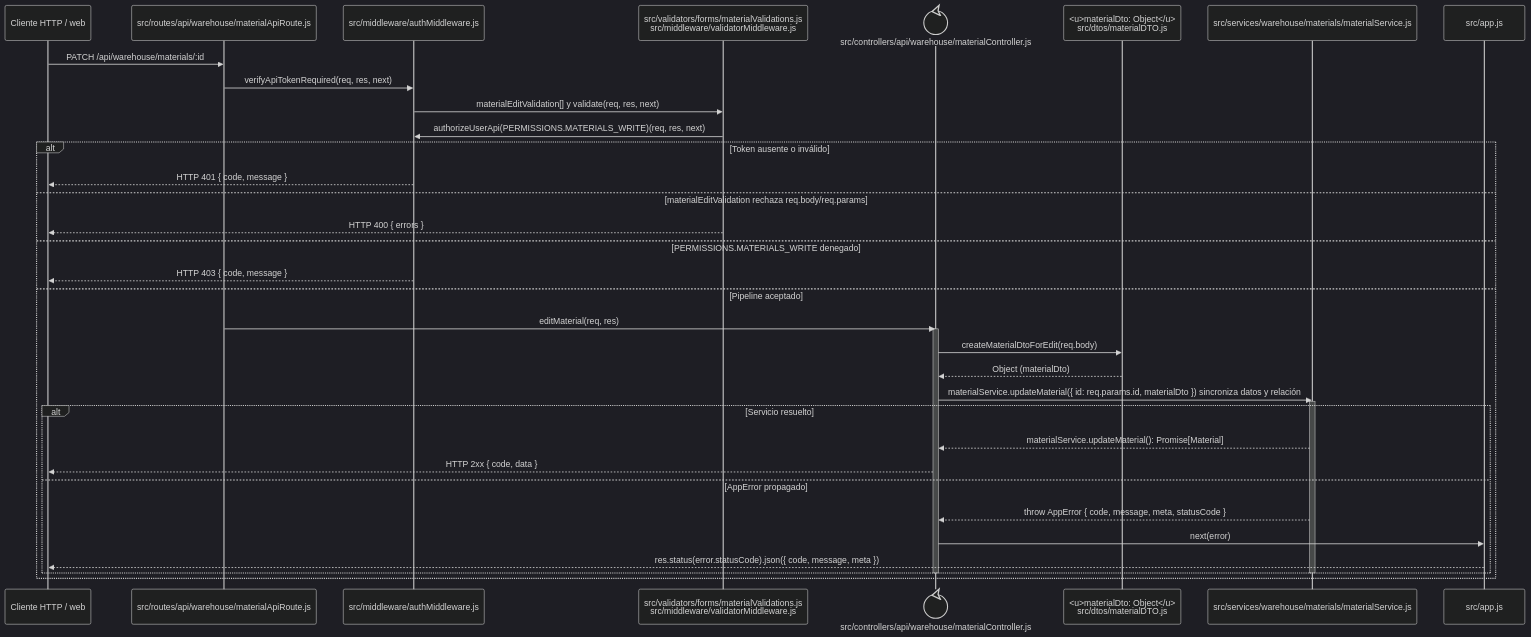
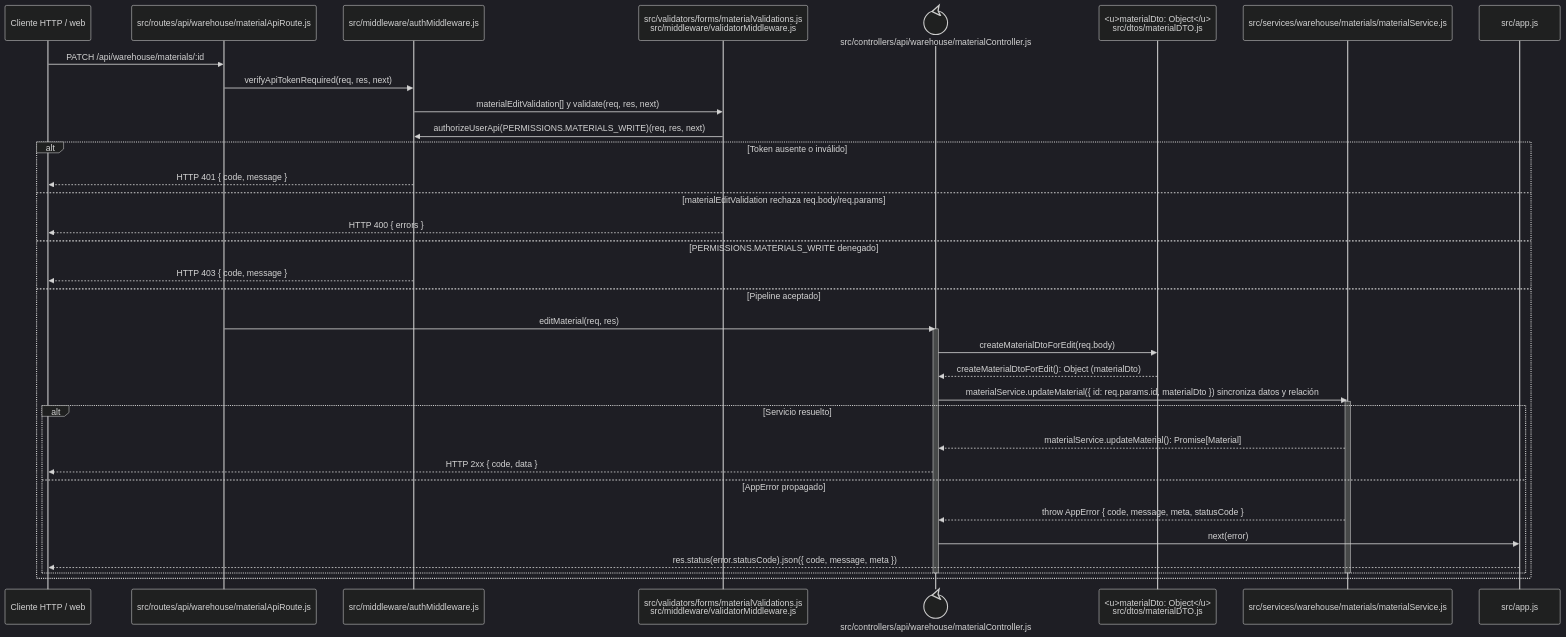
Before and after one commit to gpgsistemas01/nexus: the diagram in docs/architecture/backend-code-sequences/catalogs/cu-alm-03.md, drawn with Mermaid (dark theme). The commit also changed 50 other files, not shown here.

Commit message:
docs: separar llamadas en diagramas de secuencia

````diff
--- a/docs/architecture/backend-code-sequences/catalogs/cu-alm-03.md
+++ b/docs/architecture/backend-code-sequences/catalogs/cu-alm-03.md
@@ -6,40 +6,40 @@
 ```mermaid
 sequenceDiagram
     participant Client as Cliente HTTP / web
     participant Route as src/routes/api/warehouse/materialApiRoute.js
     participant Auth as src/middleware/authMiddleware.js
     participant Validator as src/validators/forms/materialValidations.js<br/>src/middleware/validatorMiddleware.js
     participant Controller@{ "type": "control" } as src/controllers/api/warehouse/materialController.js
     participant MaterialDto as <u>materialDto: Object</u><br/>src/dtos/materialDTO.js
     participant Domain as src/services/warehouse/materials/materialService.js
     participant ErrorHandler as src/app.js
 
     Client->>Route: PATCH /api/warehouse/materials/:id
     Route->>Auth: verifyApiTokenRequired(req, res, next)
     Auth->>Validator: materialEditValidation[] y validate(req, res, next)
     Validator->>Auth: authorizeUserApi(PERMISSIONS.MATERIALS_WRITE)(req, res, next)
     alt Token ausente o inválido
         Auth-->>Client: HTTP 401 { code, message }
     else materialEditValidation rechaza req.body/req.params
         Validator-->>Client: HTTP 400 { errors }
     else PERMISSIONS.MATERIALS_WRITE denegado
         Auth-->>Client: HTTP 403 { code, message }
     else Pipeline aceptado
         Route->>Controller: editMaterial(req, res)
         activate Controller
         Controller->>MaterialDto: createMaterialDtoForEdit(req.body)
-        MaterialDto-->>Controller: Object (materialDto)
+        MaterialDto-->>Controller: createMaterialDtoForEdit(): Object (materialDto)
         Controller->>Domain: materialService.updateMaterial({ id: req.params.id, materialDto }) sincroniza datos y relación
         activate Domain
         alt Servicio resuelto
             Domain-->>Controller: materialService.updateMaterial(): Promise[Material]
             Controller-->>Client: HTTP 2xx { code, data }
         else AppError propagado
             Domain-->>Controller: throw AppError { code, message, meta, statusCode }
             Controller->>ErrorHandler: next(error)
             ErrorHandler-->>Client: res.status(error.statusCode).json({ code, message, meta })
         end
         deactivate Domain
         deactivate Controller
     end
 ```
````
